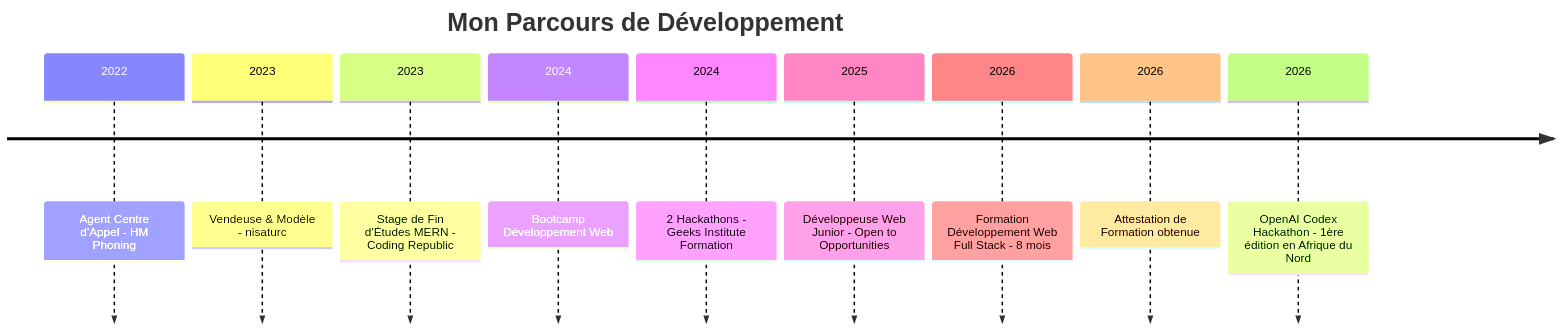
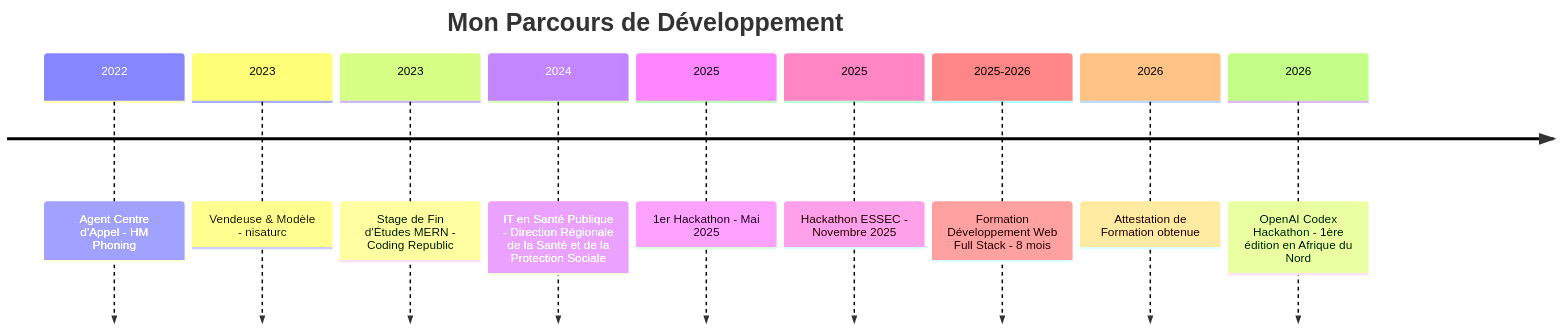
One commit to bensmailfati11/bensmailfati11 changed the diagram in README.md. Above: the diagram before and after it, drawn with Mermaid. The commit also changed other lines of this file, not shown here.

Commit message:
Synchronize README with portfolio career timeline

````diff
--- a/README.md
+++ b/README.md
@@ -158,13 +158,13 @@
 ```mermaid
 timeline
     title Mon Parcours de Développement
     2022 : Agent Centre d'Appel - HM Phoning
     2023 : Vendeuse & Modèle - nisaturc
     2023 : Stage de Fin d'Études MERN - Coding Republic
-    2024 : Bootcamp Développement Web
-    2024 : 2 Hackathons - Geeks Institute Formation
-    2025 : Développeuse Web Junior - Open to Opportunities
-    2026 : Formation Développement Web Full Stack - 8 mois
+    2024 : IT en Santé Publique - Direction Régionale de la Santé et de la Protection Sociale
+    2025 : 1er Hackathon - Mai 2025
+    2025 : Hackathon ESSEC - Novembre 2025
+    2025-2026 : Formation Développement Web Full Stack - 8 mois
     2026 : Attestation de Formation obtenue
     2026 : OpenAI Codex Hackathon - 1ère édition en Afrique du Nord
 ```
````
